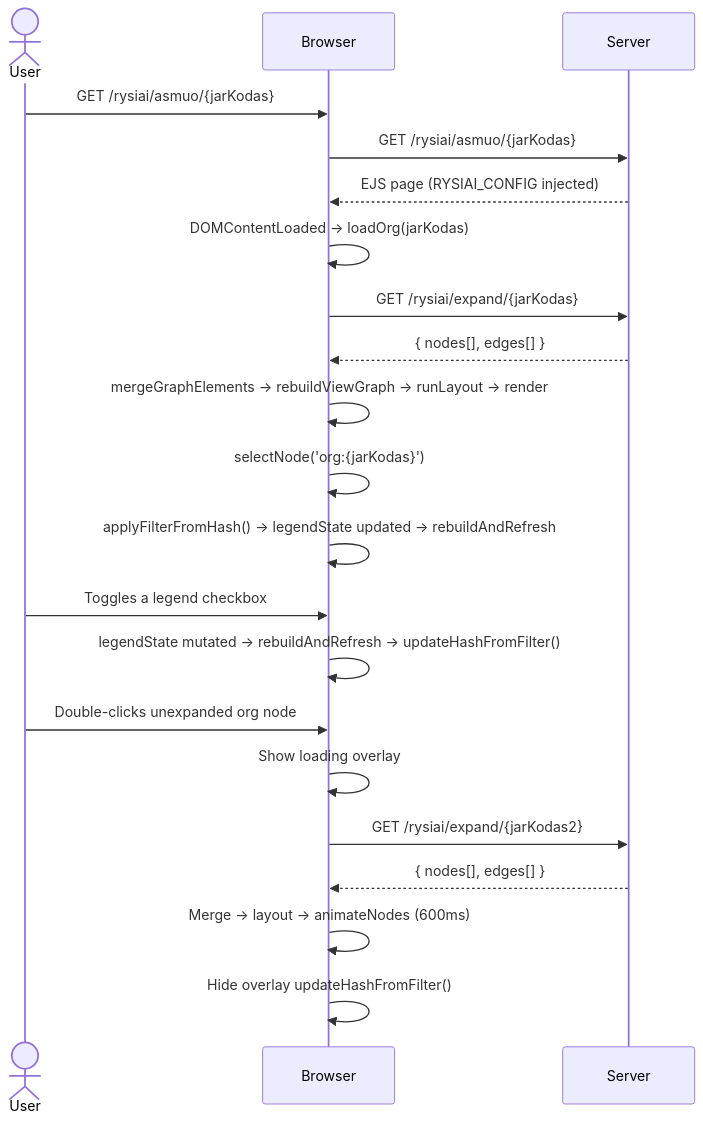
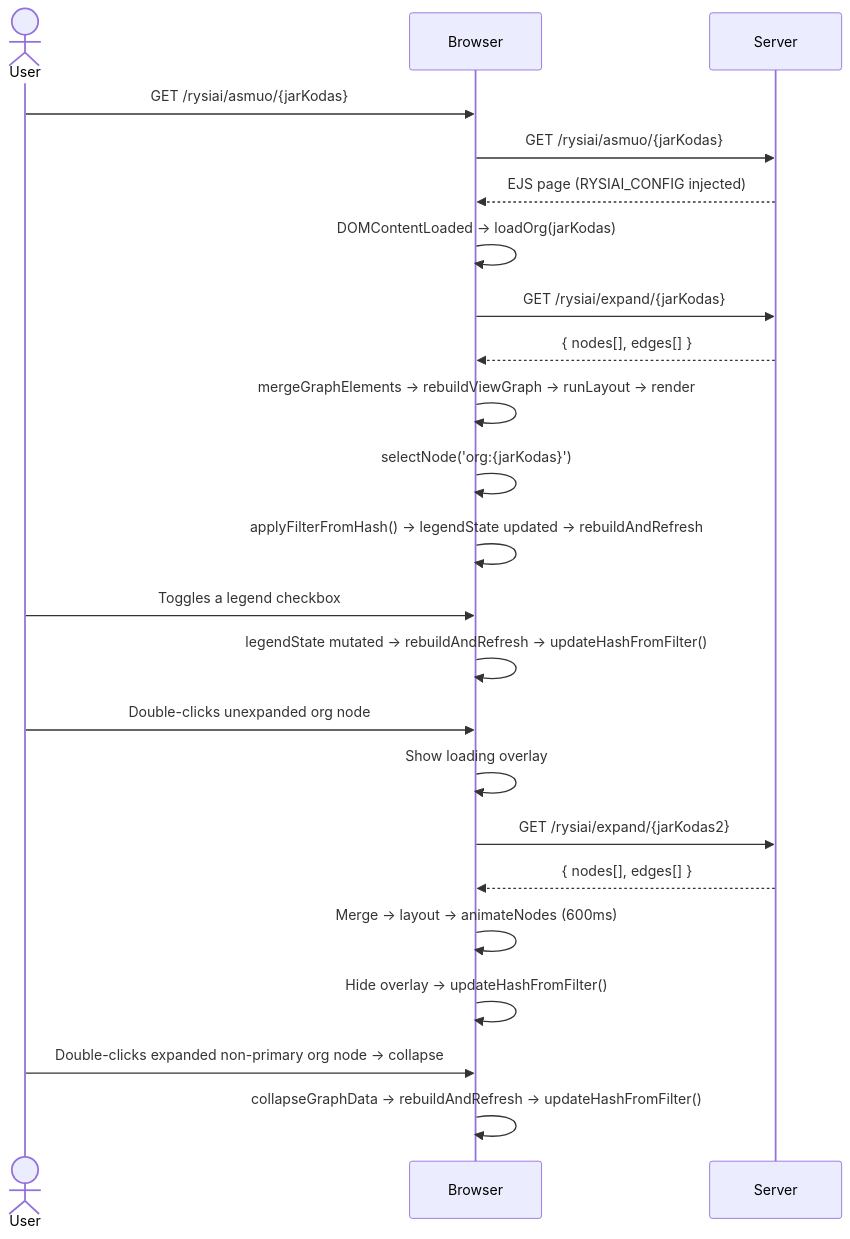
One commit to rimvydasb/viespirkiai changed the third of 3 diagrams in docs/RYSIAI.md. Above: the diagram before and after it, drawn with Mermaid. The commit also changed other lines of this file, not shown here.

Commit message:
Enhance RYSIAI.md documentation with detailed node interaction model and update hash state management for expanded nodes

````diff
--- a/docs/RYSIAI.md
+++ b/docs/RYSIAI.md
@@ -382,23 +342,25 @@
 ```mermaid
 sequenceDiagram
     actor User
     participant Browser
     participant Server
     User ->> Browser: GET /rysiai/asmuo/{jarKodas}#filter=DS
     Browser ->> Server: GET /rysiai/asmuo/{jarKodas}
     Server -->> Browser: EJS page (RYSIAI_CONFIG injected)
     Browser ->> Browser: DOMContentLoaded → loadOrg(jarKodas)
     Browser ->> Server: GET /rysiai/expand/{jarKodas}
     Server -->> Browser: { nodes[], edges[] }
     Browser ->> Browser: mergeGraphElements → rebuildViewGraph → runLayout → render
     Browser ->> Browser: selectNode('org:{jarKodas}')
     Browser ->> Browser: applyFilterFromHash() → legendState updated → rebuildAndRefresh
     User ->> Browser: Toggles a legend checkbox
     Browser ->> Browser: legendState mutated → rebuildAndRefresh → updateHashFromFilter()
     User ->> Browser: Double-clicks unexpanded org node
     Browser ->> Browser: Show loading overlay
     Browser ->> Server: GET /rysiai/expand/{jarKodas2}
     Server -->> Browser: { nodes[], edges[] }
     Browser ->> Browser: Merge → layout → animateNodes (600ms)
-    Browser ->> Browser: Hide overlay updateHashFromFilter()
+    Browser ->> Browser: Hide overlay → updateHashFromFilter()
+    User ->> Browser: Double-clicks expanded non-primary org node → collapse
+    Browser ->> Browser: collapseGraphData → rebuildAndRefresh → updateHashFromFilter()
 ```
````
